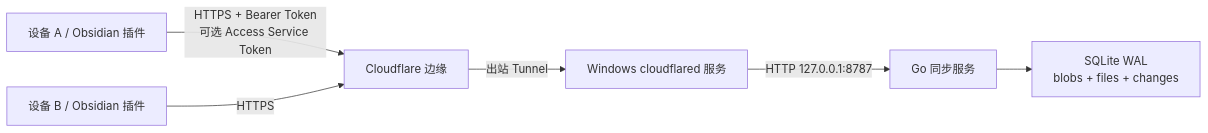
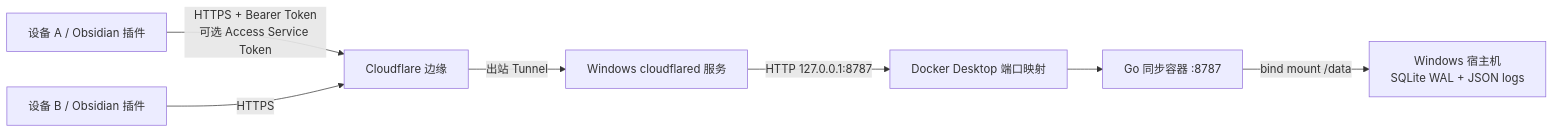
One commit to qoxop/obsidian-sync-tunnel changed the diagram in docs/DEVELOPMENT_PLAN.zh-CN.md. Above: the diagram before and after it, drawn with Mermaid. The commit also changed other lines of this file and 19 other files, not shown here.

````diff
--- a/docs/DEVELOPMENT_PLAN.zh-CN.md
+++ b/docs/DEVELOPMENT_PLAN.zh-CN.md
@@ -29,8 +30,9 @@
 ```mermaid
 flowchart LR
     A["设备 A / Obsidian 插件"] -->|"HTTPS + Bearer Token\n可选 Access Service Token"| C["Cloudflare 边缘"]
     B["设备 B / Obsidian 插件"] -->|"HTTPS"| C
     C -->|"出站 Tunnel"| D["Windows cloudflared 服务"]
-    D -->|"HTTP 127.0.0.1:8787"| E["Go 同步服务"]
-    E --> F["SQLite WAL\nblobs + files + changes"]
+    D -->|"HTTP 127.0.0.1:8787"| E["Docker Desktop 端口映射"]
+    E --> F["Go 同步容器 :8787"]
+    F -->|"bind mount /data"| G["Windows 宿主机\nSQLite WAL + JSON logs"]
 ```
````
